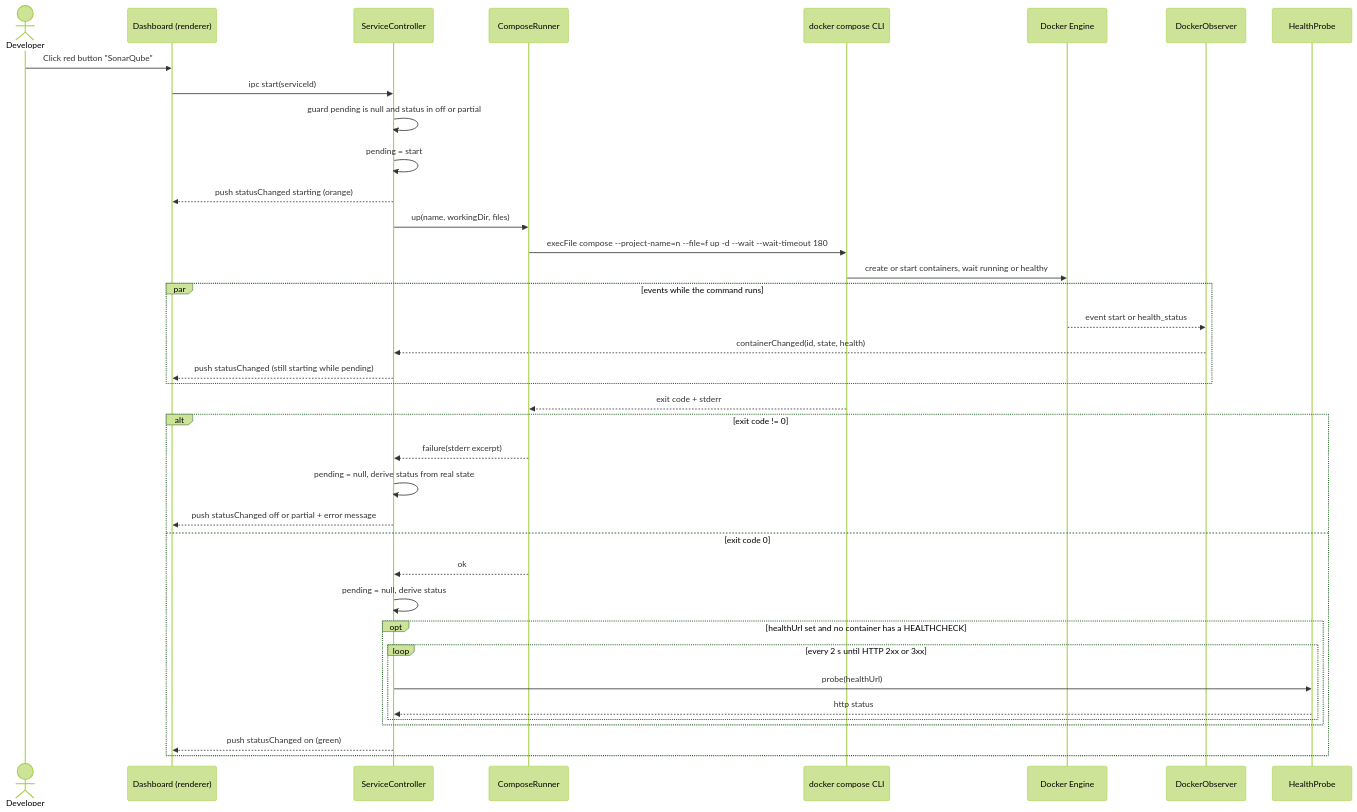
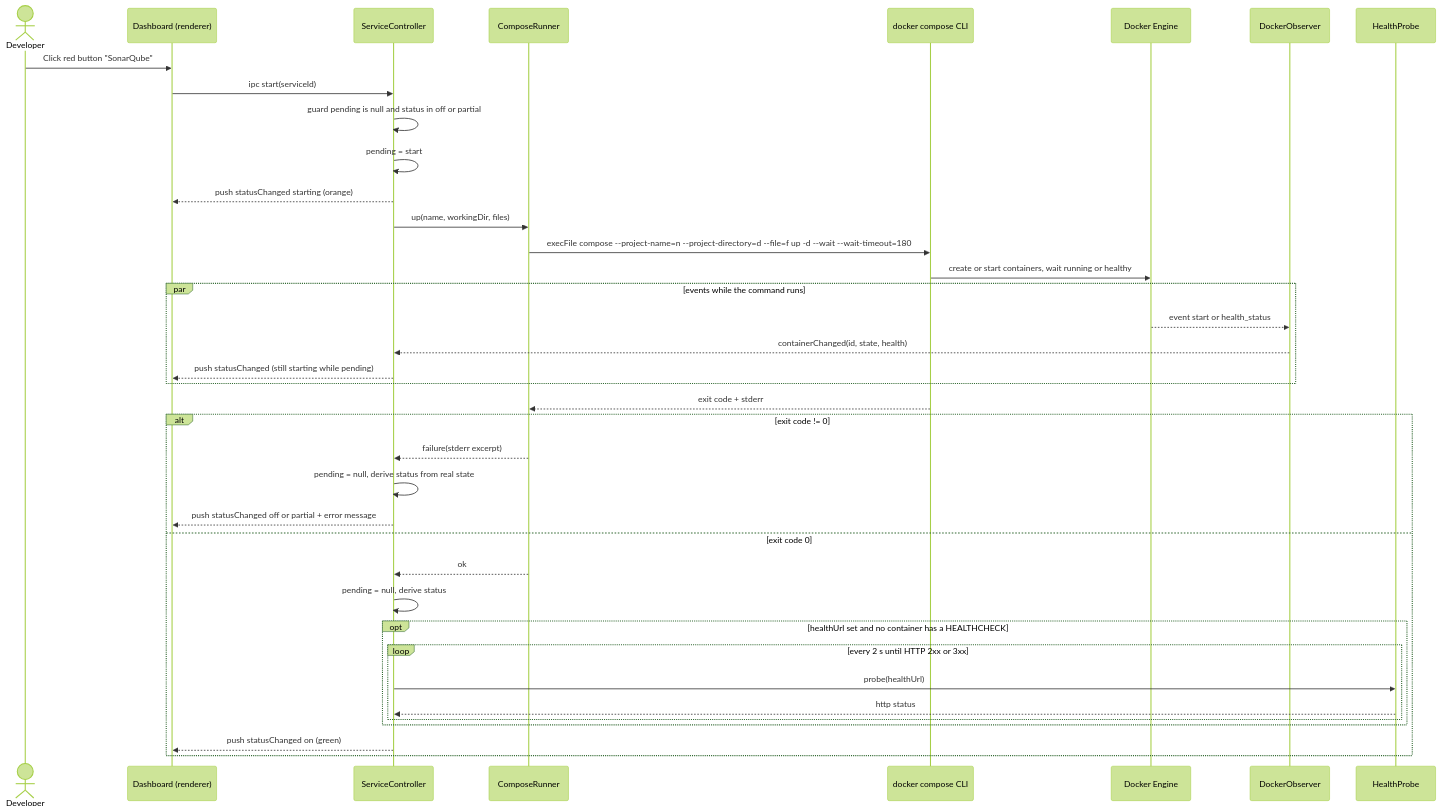
Before and after one commit to benoit-bremaud/dock-n-roll: the diagram in docs/architecture/diagrams/launcher/02-sequence-start-service.md, drawn with Mermaid (forest theme). The commit also changed 21 other files, not shown here.

````diff
--- a/docs/architecture/diagrams/launcher/02-sequence-start-service.md
+++ b/docs/architecture/diagrams/launcher/02-sequence-start-service.md
@@ -14,41 +14,41 @@
 ```mermaid
 sequenceDiagram
   actor Dev as Developer
   participant UI as Dashboard (renderer)
   participant SC as ServiceController
   participant CR as ComposeRunner
   participant CLI as docker compose CLI
   participant DE as Docker Engine
   participant DO as DockerObserver
   participant HP as HealthProbe
 
   Dev->>UI: Click red button "SonarQube"
   UI->>SC: ipc start(serviceId)
   SC->>SC: guard pending is null and status in off or partial
   SC->>SC: pending = start
   SC-->>UI: push statusChanged starting (orange)
   SC->>CR: up(name, workingDir, files)
-  CR->>CLI: execFile compose --project-name=n --file=f up -d --wait --wait-timeout 180
+  CR->>CLI: execFile compose --project-name=n --project-directory=d --file=f up -d --wait --wait-timeout=180
   CLI->>DE: create or start containers, wait running or healthy
   par events while the command runs
     DE-->>DO: event start or health_status
     DO-->>SC: containerChanged(id, state, health)
     SC-->>UI: push statusChanged (still starting while pending)
   end
   CLI-->>CR: exit code + stderr
   alt exit code != 0
     CR-->>SC: failure(stderr excerpt)
     SC->>SC: pending = null, derive status from real state
     SC-->>UI: push statusChanged off or partial + error message
   else exit code 0
     CR-->>SC: ok
     SC->>SC: pending = null, derive status
     opt healthUrl set and no container has a HEALTHCHECK
       loop every 2 s until HTTP 2xx or 3xx
         SC->>HP: probe(healthUrl)
         HP-->>SC: http status
       end
     end
     SC-->>UI: push statusChanged on (green)
   end
 ```
````
